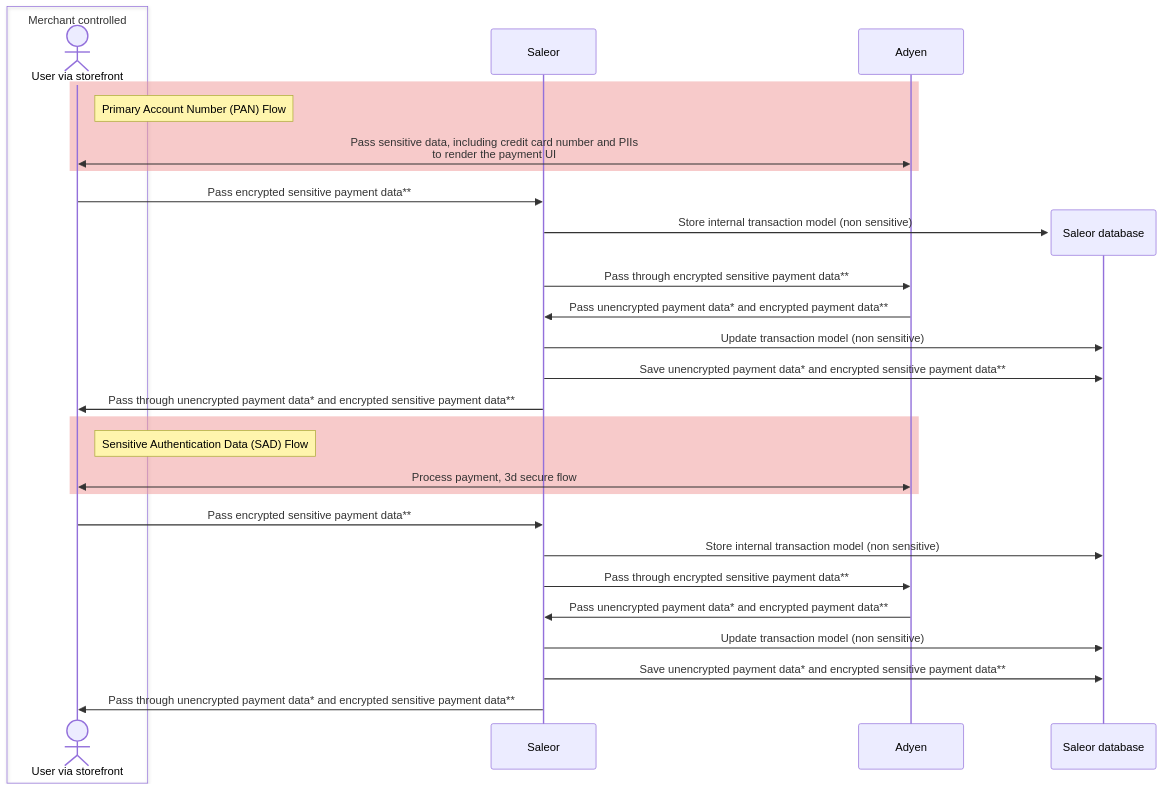
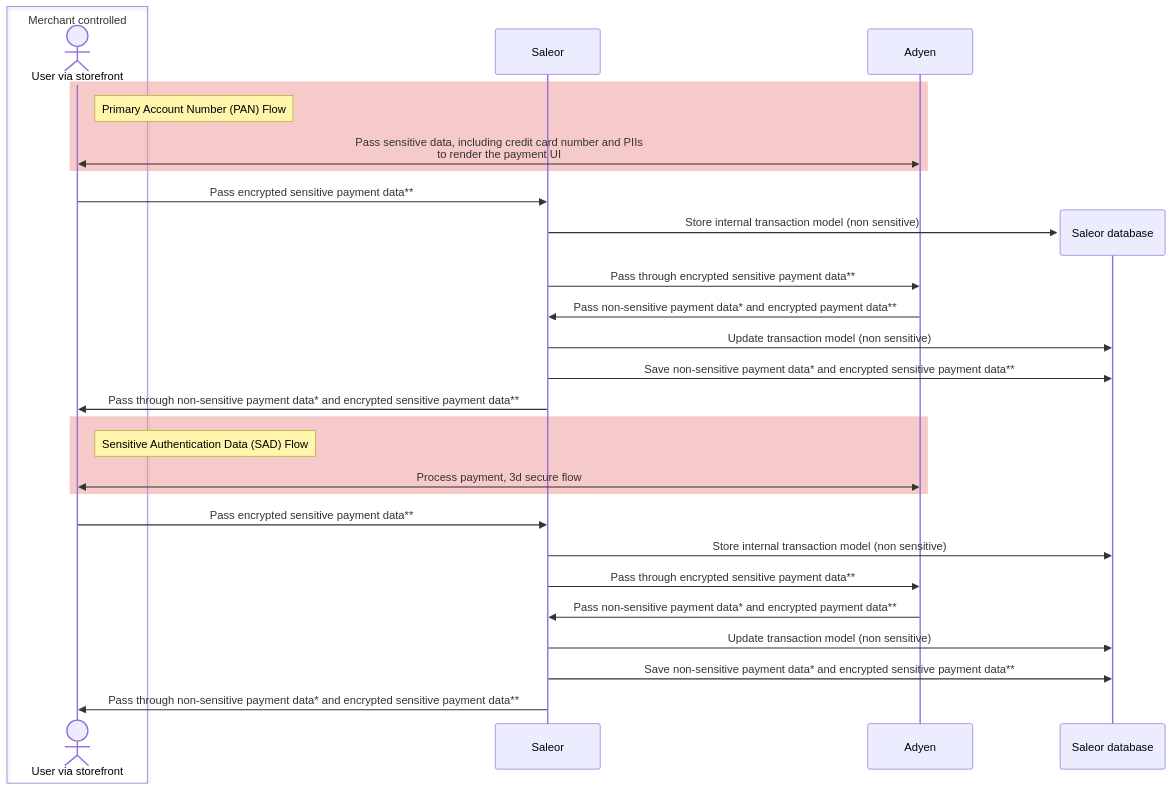
The diagram in docs/developer/app-store/legacy-plugins/adyen.mdx (saleor/saleor-docs), drawn with Mermaid before and after one commit.

Commit message:
update adyen plugin

````diff
--- a/docs/developer/app-store/legacy-plugins/adyen.mdx
+++ b/docs/developer/app-store/legacy-plugins/adyen.mdx
@@ -354,37 +354,37 @@
 ```mermaid
 sequenceDiagram
     box Merchant controlled
     actor User via storefront
     end
     participant Saleor
     participant Adyen
 
     rect rgba(240,150,150,0.5)
         note right of User via storefront: Primary Account Number (PAN) Flow
         User via storefront <<->> Adyen: Pass sensitive data, including credit card number and PIIs<br/>to render the payment UI
     end
 
     User via storefront ->> Saleor: Pass encrypted sensitive payment data**
     create participant Saleor database
     Saleor ->> Saleor database: Store internal transaction model (non sensitive)
     Saleor ->> Adyen: Pass through encrypted sensitive payment data**
 
-    Adyen ->> Saleor: Pass unencrypted payment data* and encrypted payment data**
+    Adyen ->> Saleor: Pass non-sensitive payment data* and encrypted payment data**
     Saleor ->> Saleor database: Update transaction model (non sensitive)
-    Saleor ->> Saleor database: Save unencrypted payment data* and encrypted sensitive payment data**
-    Saleor ->> User via storefront: Pass through unencrypted payment data* and encrypted sensitive payment data** 
+    Saleor ->> Saleor database: Save non-sensitive payment data* and encrypted sensitive payment data**
+    Saleor ->> User via storefront: Pass through non-sensitive payment data* and encrypted sensitive payment data** 
 
     rect rgba(240,150,150,0.5)
         note right of User via storefront: Sensitive Authentication Data (SAD) Flow
         User via storefront <<->> Adyen: Process payment, 3d secure flow
     end
 
     User via storefront ->> Saleor: Pass encrypted sensitive payment data**
     Saleor ->> Saleor database: Store internal transaction model (non sensitive)
     Saleor ->> Adyen: Pass through encrypted sensitive payment data**
 
-    Adyen ->> Saleor: Pass unencrypted payment data* and encrypted payment data**
+    Adyen ->> Saleor: Pass non-sensitive payment data* and encrypted payment data**
     Saleor ->> Saleor database: Update transaction model (non sensitive)
-    Saleor ->> Saleor database: Save unencrypted payment data* and encrypted sensitive payment data**
-    Saleor ->> User via storefront: Pass through unencrypted payment data* and encrypted sensitive payment data** 
+    Saleor ->> Saleor database: Save non-sensitive payment data* and encrypted sensitive payment data**
+    Saleor ->> User via storefront: Pass through non-sensitive payment data* and encrypted sensitive payment data** 
 ```
````
